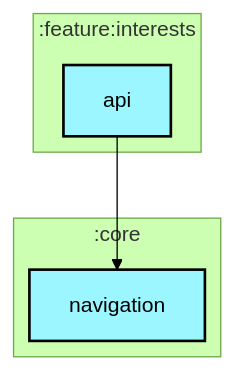
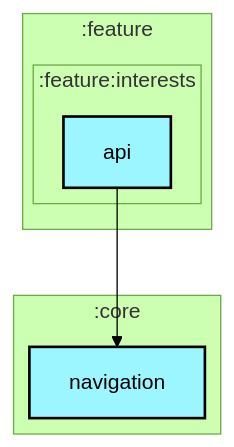
The first of 2 diagrams in feature/interests/api/README.md (android/nowinandroid), drawn with Mermaid (forest theme) before and after one commit. The commit also changed 12 other files, not shown here.

Commit message:
Fix module graph generation.

````diff
--- a/feature/interests/api/README.md
+++ b/feature/interests/api/README.md
@@ -6,26 +6,29 @@
 ```mermaid
 ---
 config:
   layout: elk
   elk:
     nodePlacementStrategy: SIMPLE
 ---
 graph TB
-  subgraph :feature:interests
+  subgraph :feature
     direction TB
-    :feature:interests:api[api]:::android-library
+    subgraph :feature:interests
+      direction TB
+      :feature:interests:api[api]:::android-library
+    end
   end
   subgraph :core
     direction TB
     :core:navigation[navigation]:::android-library
   end
 
   :feature:interests:api --> :core:navigation
 
 classDef android-application fill:#CAFFBF,stroke:#000,stroke-width:2px,color:#000;
 classDef android-feature fill:#FFD6A5,stroke:#000,stroke-width:2px,color:#000;
 classDef android-library fill:#9BF6FF,stroke:#000,stroke-width:2px,color:#000;
 classDef android-test fill:#A0C4FF,stroke:#000,stroke-width:2px,color:#000;
 classDef jvm-library fill:#BDB2FF,stroke:#000,stroke-width:2px,color:#000;
 classDef unknown fill:#FFADAD,stroke:#000,stroke-width:2px,color:#000;
 ```
````
